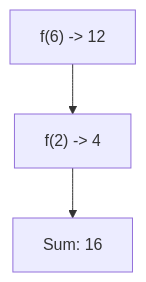
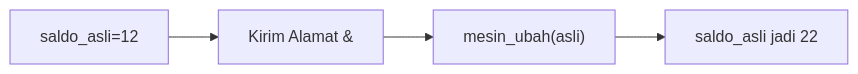
Before and after one commit to amnahwaida/OSNK_INF_PREP: diagram 14 of 25 in part-c-pemahaman-cpp/04-fungsi/latihan/set-04.md, drawn with Mermaid. The commit also changed other lines of this file and 71 other files, not shown here.

````diff
--- a/part-c-pemahaman-cpp/04-fungsi/latihan/set-04.md
+++ b/part-c-pemahaman-cpp/04-fungsi/latihan/set-04.md
@@ -366,5 +385,6 @@
 ```mermaid
-graph TD
-A["f(6) -> 12"] --> B["f(2) -> 4"]
-B --> C["Sum: 16"]
+graph LR
+A["saldo_asli=12"] --> B["Kirim Alamat &"]
+B --> C["mesin_ubah(asli)"]
+C --> D["saldo_asli jadi 22"]
 ```
````
